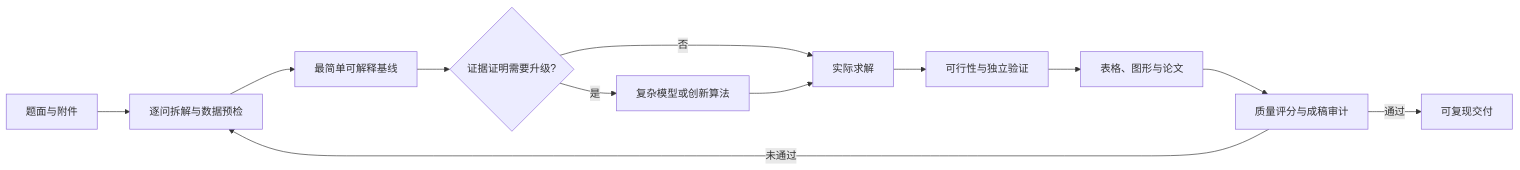
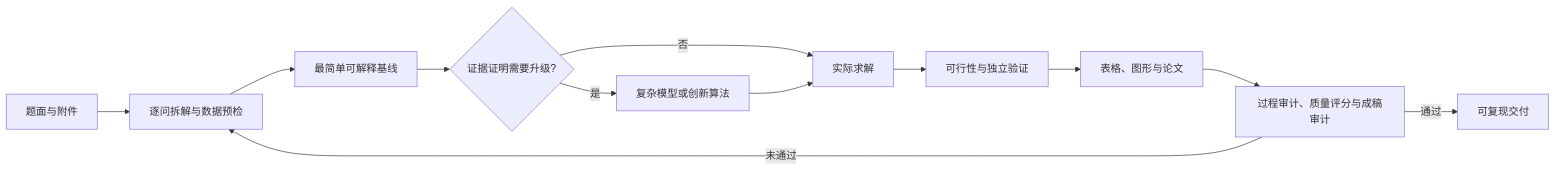
One commit to sunrise690/math-modeling-expert-agent changed the diagram in README.md. Above: the diagram before and after it, drawn with Mermaid. The commit also changed other lines of this file and 102 other files, not shown here.

````diff
--- a/README.md
+++ b/README.md
@@ -78,14 +77,14 @@
 ```mermaid
 flowchart LR
     A[题面与附件] --> B[逐问拆解与数据预检]
     B --> C[最简单可解释基线]
     C --> D{证据证明需要升级?}
     D -- 否 --> F[实际求解]
     D -- 是 --> E[复杂模型或创新算法]
     E --> F
     F --> G[可行性与独立验证]
     G --> H[表格、图形与论文]
-    H --> I[质量评分与成稿审计]
+    H --> I[过程审计、质量评分与成稿审计]
     I -- 未通过 --> B
     I -- 通过 --> J[可复现交付]
 ```
````
